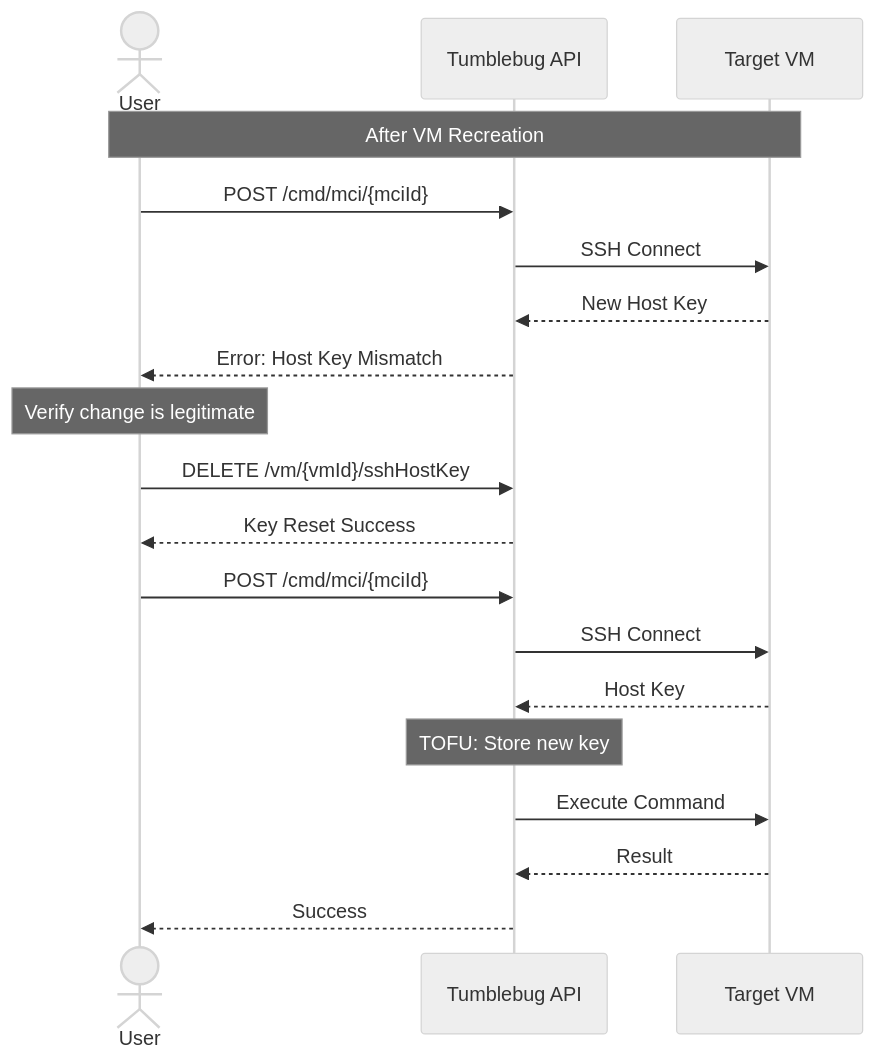
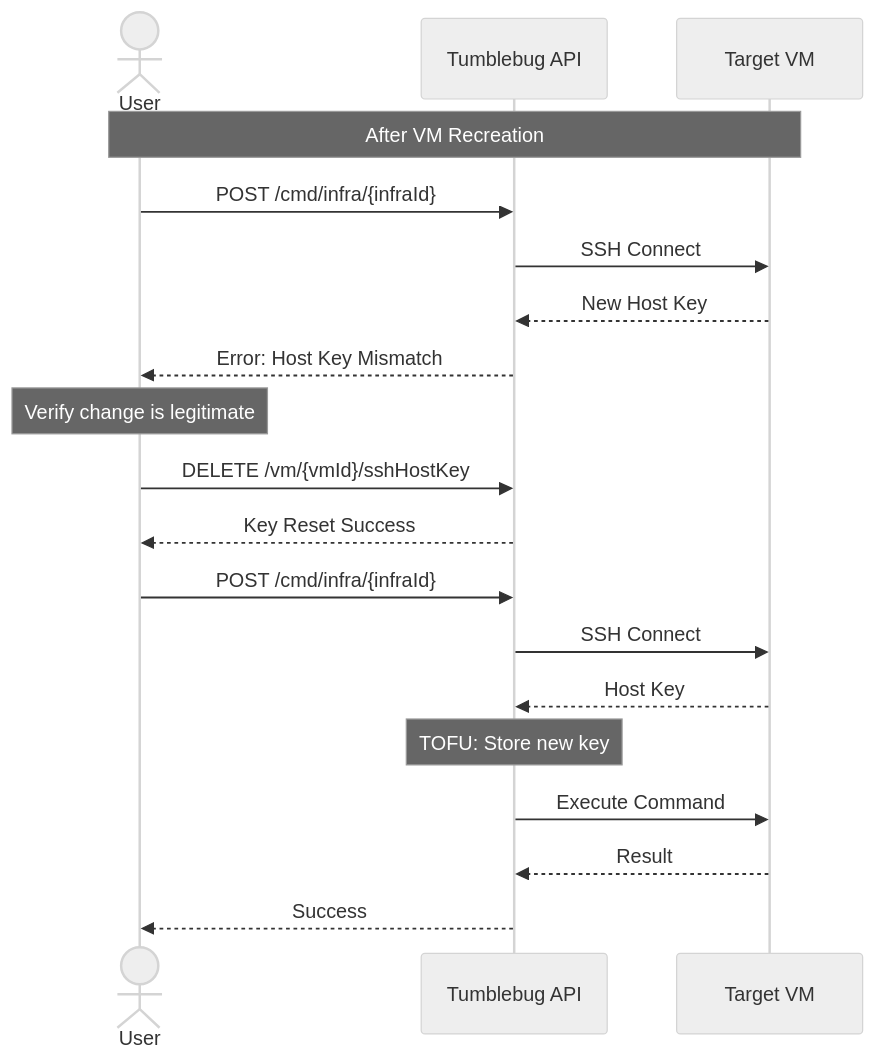
The eighth of 8 diagrams in docs/feature_guide/remote-command-and-file-transfer.md (cloud-barista/cb-tumblebug), drawn with Mermaid (neutral theme) before and after one commit. The commit also changed other lines of this file and 197 other files, not shown here.

````diff
--- a/docs/feature_guide/remote-command-and-file-transfer.md
+++ b/docs/feature_guide/remote-command-and-file-transfer.md
@@ -430,26 +430,26 @@
 ```mermaid
 sequenceDiagram
     actor User
     participant API as Tumblebug API
     participant VM as Target VM
     
     Note over User,VM: After VM Recreation
     
-    User->>API: POST /cmd/mci/{mciId}
+    User->>API: POST /cmd/infra/{infraId}
     API->>VM: SSH Connect
     VM-->>API: New Host Key
     API-->>User: Error: Host Key Mismatch
     
     Note over User: Verify change is legitimate
     
     User->>API: DELETE /vm/{vmId}/sshHostKey
     API-->>User: Key Reset Success
     
-    User->>API: POST /cmd/mci/{mciId}
+    User->>API: POST /cmd/infra/{infraId}
     API->>VM: SSH Connect
     VM-->>API: Host Key
     Note over API: TOFU: Store new key
     API->>VM: Execute Command
     VM-->>API: Result
     API-->>User: Success
 ```
````
